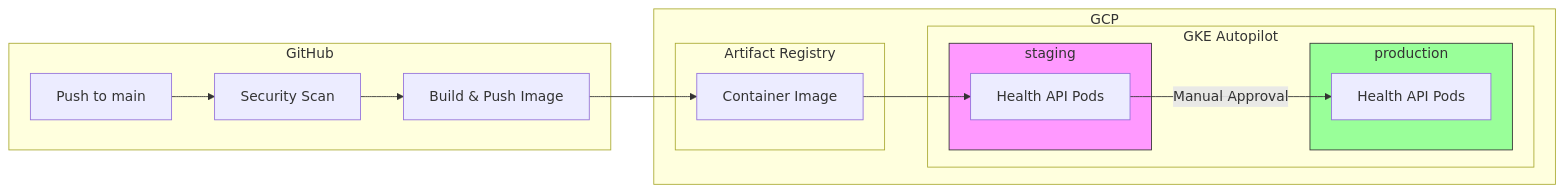
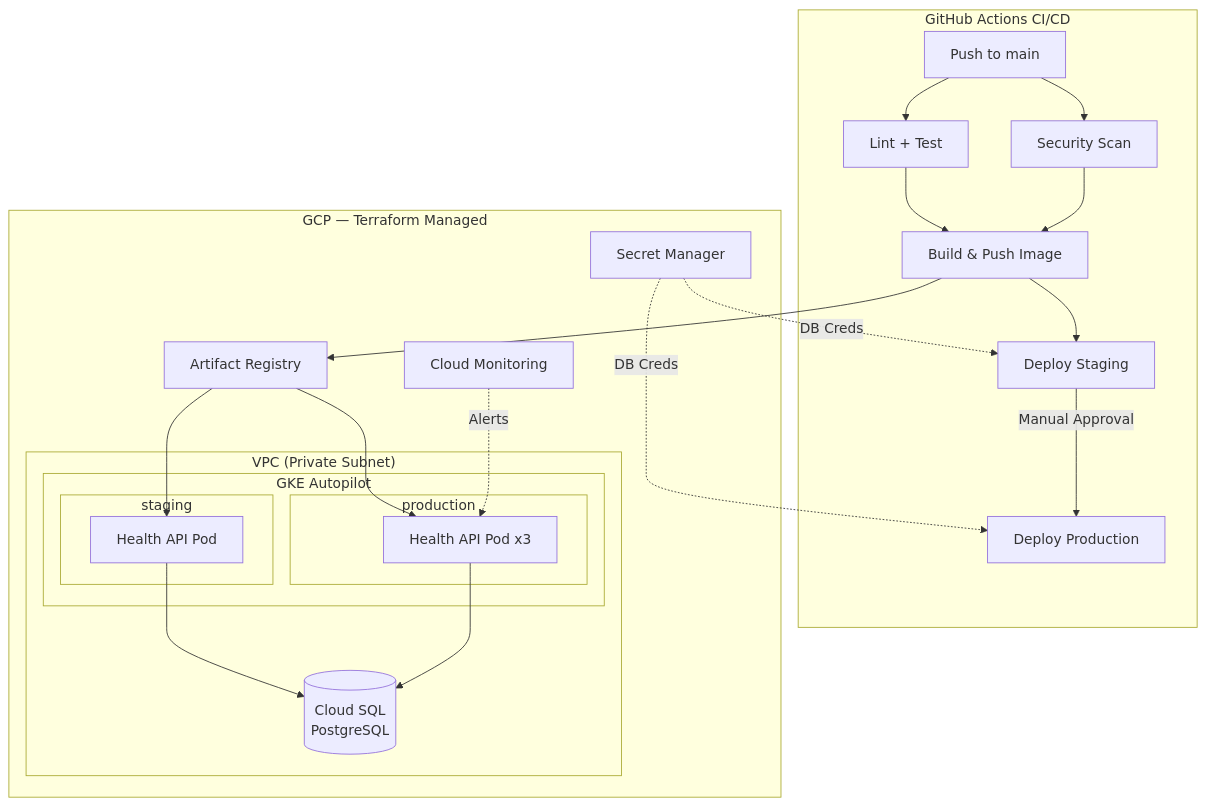
One commit to stonebridgetechsolutions/health-api-infra changed the diagram in README.md. Above: the diagram before and after it, drawn with Mermaid. The commit also changed other lines of this file and 30 other files, not shown here.

Commit message:
Add Cloud SQL, Secret Manager, monitoring, Prometheus metrics, CRUD API, tests, PDB, resource quotas, Terraform CI workflow, Grafana dashboard

````diff
--- a/README.md
+++ b/README.md
@@ -7,29 +7,37 @@
 ```mermaid
-graph LR
-    subgraph GitHub
-        A[Push to main] --> B[Security Scan]
-        B --> C[Build & Push Image]
+graph TB
+    subgraph "GitHub Actions CI/CD"
+        A[Push to main] --> B[Lint + Test]
+        A --> C[Security Scan]
+        B --> D[Build & Push Image]
+        C --> D
+        D --> E[Deploy Staging]
+        E -->|Manual Approval| F[Deploy Production]
     end
 
-    subgraph GCP
-        subgraph Artifact Registry
-            D[Container Image]
+    subgraph "GCP — Terraform Managed"
+        subgraph "VPC (Private Subnet)"
+            subgraph "GKE Autopilot"
+                subgraph "staging"
+                    G[Health API Pod]
+                end
+                subgraph "production"
+                    H[Health API Pod x3]
+                end
+            end
+            I[(Cloud SQL\nPostgreSQL)]
         end
-
-        subgraph GKE Autopilot
-            subgraph staging
-                E[Health API Pods]
-            end
-            subgraph production
-                F[Health API Pods]
-            end
-        end
+        J[Artifact Registry]
+        K[Secret Manager]
+        L[Cloud Monitoring]
     end
 
-    C --> D
-    D --> E
-    E -->|Manual Approval| F
-
-    style staging fill:#f9f,stroke:#333
-    style production fill:#9f9,stroke:#333
+    D --> J
+    J --> G
+    J --> H
+    G --> I
+    H --> I
+    K -.->|DB Creds| E
+    K -.->|DB Creds| F
+    L -.->|Alerts| H
 ```
````
